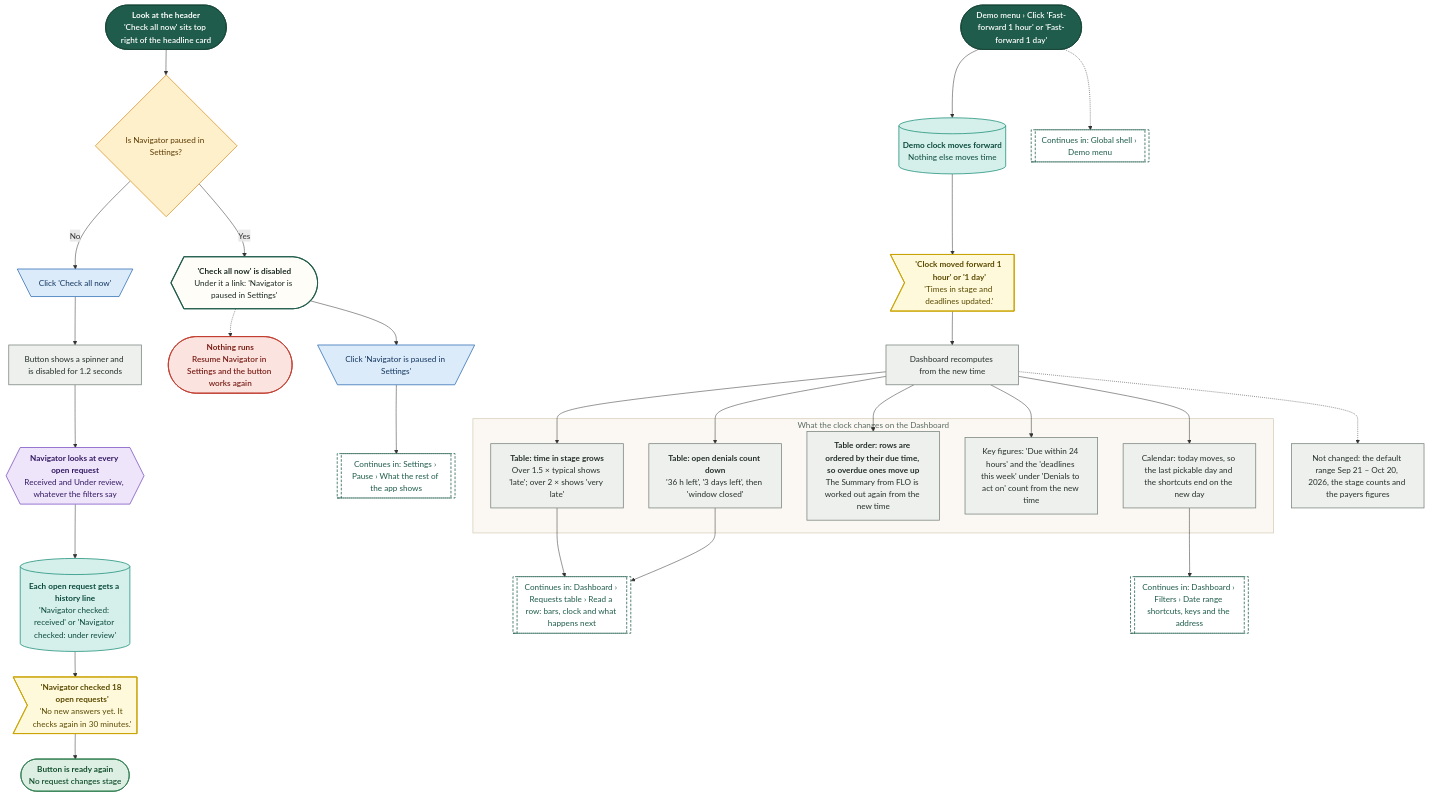
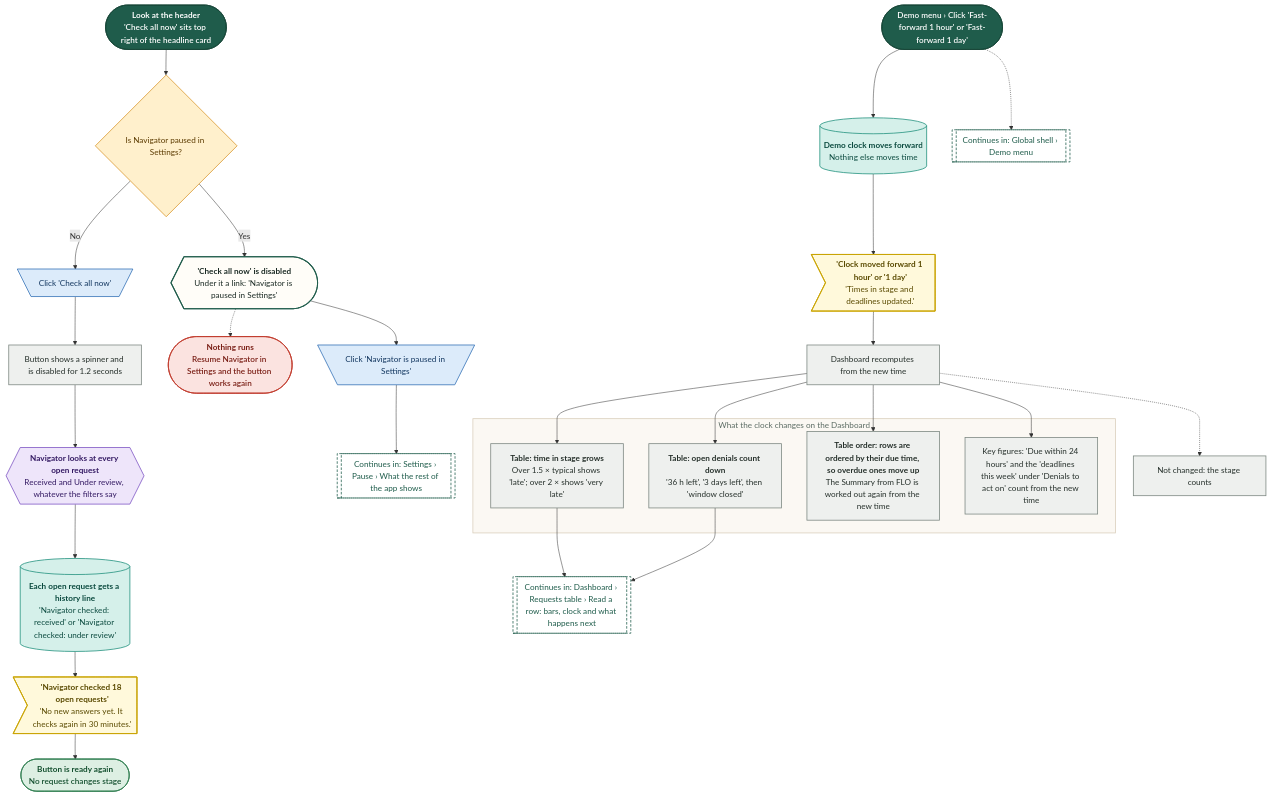
The diagram in demos/prior-auth-demo/workflows/out/mmd/02-dashboard/12-check-all-now-and-the-demo-clock.mmd (Shrav143/psyfloapp), drawn with Mermaid before and after one commit. The commit also changed 36 other files, not shown here.

First line of the commit message:
docs: diagrams and docs follow the removal of stage help, payer performance and the date range (242 diagrams)

```diff
--- a/demos/prior-auth-demo/workflows/out/mmd/02-dashboard/12-check-all-now-and-the-demo-clock.mmd
+++ b/demos/prior-auth-demo/workflows/out/mmd/02-dashboard/12-check-all-now-and-the-demo-clock.mmd
@@ -1,68 +1,65 @@
 %%{init: {"theme":"base","themeVariables":{"fontFamily":"'DM Sans', 'Segoe UI', system-ui, sans-serif","fontSize":"15px","lineColor":"#5B6B63","primaryTextColor":"#1C2B25","clusterBkg":"#FBF8F3","clusterBorder":"#D9CDBB","edgeLabelBackground":"#FFFFFF"},"flowchart":{"curve":"basis","nodeSpacing":36,"rankSpacing":48,"padding":12,"htmlLabels":true,"useMaxWidth":false,"wrappingWidth":230}} }%%
 flowchart TD
   classDef k_start fill:#1F5C4B,stroke:#174638,color:#FFFFFF,stroke-width:1.5px,font-weight:600
   classDef k_end fill:#DDEFE3,stroke:#2E7D4F,color:#14502F,stroke-width:1.5px,font-weight:600
   classDef k_endx fill:#FBE3E0,stroke:#C0392B,color:#7A1F16,stroke-width:1.5px,font-weight:600
   classDef k_screen fill:#FFFDF8,stroke:#1F5C4B,color:#1C2B25,stroke-width:2px
   classDef k_overlay fill:#F1F7F3,stroke:#1F5C4B,color:#1C2B25,stroke-width:2px,stroke-dasharray:5 3
   classDef k_click fill:#DCEBFA,stroke:#2F6DB5,color:#12365F,stroke-width:1.5px
   classDef k_input fill:#E4E7FF,stroke:#4C5FD5,color:#1D2670,stroke-width:1.5px
   classDef k_process fill:#EEF0EE,stroke:#7A857F,color:#26302B,stroke-width:1.5px
   classDef k_agent fill:#EEE5FA,stroke:#7A4FC2,color:#341A63,stroke-width:1.5px
   classDef k_decision fill:#FFF0CC,stroke:#D9962B,color:#5C3B00,stroke-width:1.5px
   classDef k_store fill:#D5F0EA,stroke:#1C8E7B,color:#0B4A3F,stroke-width:1.5px
   classDef k_doc fill:#F6E9DC,stroke:#B07A4C,color:#4A2E14,stroke-width:1.5px
   classDef k_ext fill:#FFE6D2,stroke:#E07B39,color:#6B2F06,stroke-width:1.5px
   classDef k_wait fill:#E4E8EE,stroke:#6B7C93,color:#26303D,stroke-width:1.5px
   classDef k_toast fill:#FFF9DB,stroke:#C9A400,color:#5A4A00,stroke-width:1.5px
   classDef k_goto fill:#FFFFFF,stroke:#1F5C4B,color:#1F5C4B,stroke-width:1.5px,stroke-dasharray:5 3
   s0@{ shape: stadium, label: "<b>Look at the header</b><br/>'Check all now' sits top right of the headline card" }
   dp@{ shape: diam, label: "Is Navigator paused in Settings?" }
   sp@{ shape: curv-trap, label: "<b>'Check all now' is disabled</b><br/>Under it a link: 'Navigator is paused in Settings'" }
   cs@{ shape: trap-t, label: "Click 'Navigator is paused in Settings'" }
   gs@{ shape: subproc, label: "Continues in: Settings › Pause › What the rest of the app shows" }
   xs@{ shape: stadium, label: "<b>Nothing runs</b><br/>Resume Navigator in Settings and the button works again" }
   s1@{ shape: trap-t, label: "Click 'Check all now'" }
   p1@{ shape: rect, label: "Button shows a spinner and is disabled for 1.2 seconds" }
   a1@{ shape: hex, label: "<b>Navigator looks at every open request</b><br/>Received and Under review, whatever the filters say" }
   w1@{ shape: cyl, label: "<b>Each open request gets a history line</b><br/>'Navigator checked: received' or 'Navigator checked: under review'" }
   t1@{ shape: odd, label: "<b>'Navigator checked 18 open requests'</b><br/>'No new answers yet. It checks again in 30 minutes.'" }
   e1@{ shape: stadium, label: "<b>Button is ready again</b><br/>No request changes stage" }
   s2@{ shape: stadium, label: "Demo menu › Click 'Fast-forward 1 hour' or 'Fast-forward 1 day'" }
   c1@{ shape: cyl, label: "<b>Demo clock moves forward</b><br/>Nothing else moves time" }
   t2@{ shape: odd, label: "<b>'Clock moved forward 1 hour' or '1 day'</b><br/>'Times in stage and deadlines updated.'" }
   p2@{ shape: rect, label: "Dashboard recomputes from the new time" }
   subgraph gClock ["What the clock changes on the Dashboard"]
   r1@{ shape: rect, label: "<b>Table: time in stage grows</b><br/>Over 1.5 × typical shows 'late'; over 2 × shows 'very late'" }
   r2@{ shape: rect, label: "<b>Table: open denials count down</b><br/>'36 h left', '3 days left', then 'window closed'" }
   r3@{ shape: rect, label: "<b>Table order: rows are ordered by their due time, so overdue ones move up</b><br/>The Summary from FLO is worked out again from the new time" }
   r4@{ shape: rect, label: "Key figures: 'Due within 24 hours' and the 'deadlines this week' under 'Denials to act on' count from the new time" }
-  r5@{ shape: rect, label: "Calendar: today moves, so the last pickable day and the shortcuts end on the new day" }
   end
-  p3@{ shape: rect, label: "Not changed: the default range Sep 21 – Oct 20, 2026, the stage counts and the payers figures" }
+  p3@{ shape: rect, label: "Not changed: the stage counts" }
   g1@{ shape: subproc, label: "Continues in: Global shell › Demo menu" }
   g2@{ shape: subproc, label: "Continues in: Dashboard › Requests table › Read a row: bars, clock and what happens next" }
-  g3@{ shape: subproc, label: "Continues in: Dashboard › Filters › Date range shortcuts, keys and the address" }
   s0 --> dp
   dp -->|"No"| s1 --> p1 --> a1 --> w1 --> t1 --> e1
   dp -->|"Yes"| sp --> cs --> gs
   sp -.-> xs
   s2 --> c1 --> t2 --> p2
-  p2 --> r1 & r2 & r3 & r4 & r5
+  p2 --> r1 & r2 & r3 & r4
   r1 --> g2
   r2 --> g2
-  r5 --> g3
   p2 -.-> p3
   s2 -.-> g1
   class s0,s2 k_start
   class dp k_decision
   class sp k_screen
   class cs,s1 k_click
-  class gs,g1,g2,g3 k_goto
+  class gs,g1,g2 k_goto
   class xs k_endx
-  class p1,p2,r1,r2,r3,r4,r5,p3 k_process
+  class p1,p2,r1,r2,r3,r4,p3 k_process
   class a1 k_agent
   class w1,c1 k_store
   class t1,t2 k_toast
   class e1 k_end
   style gClock fill:#FBF8F3,stroke:#D9CDBB,stroke-width:1.5px,color:#5B6B63
```
